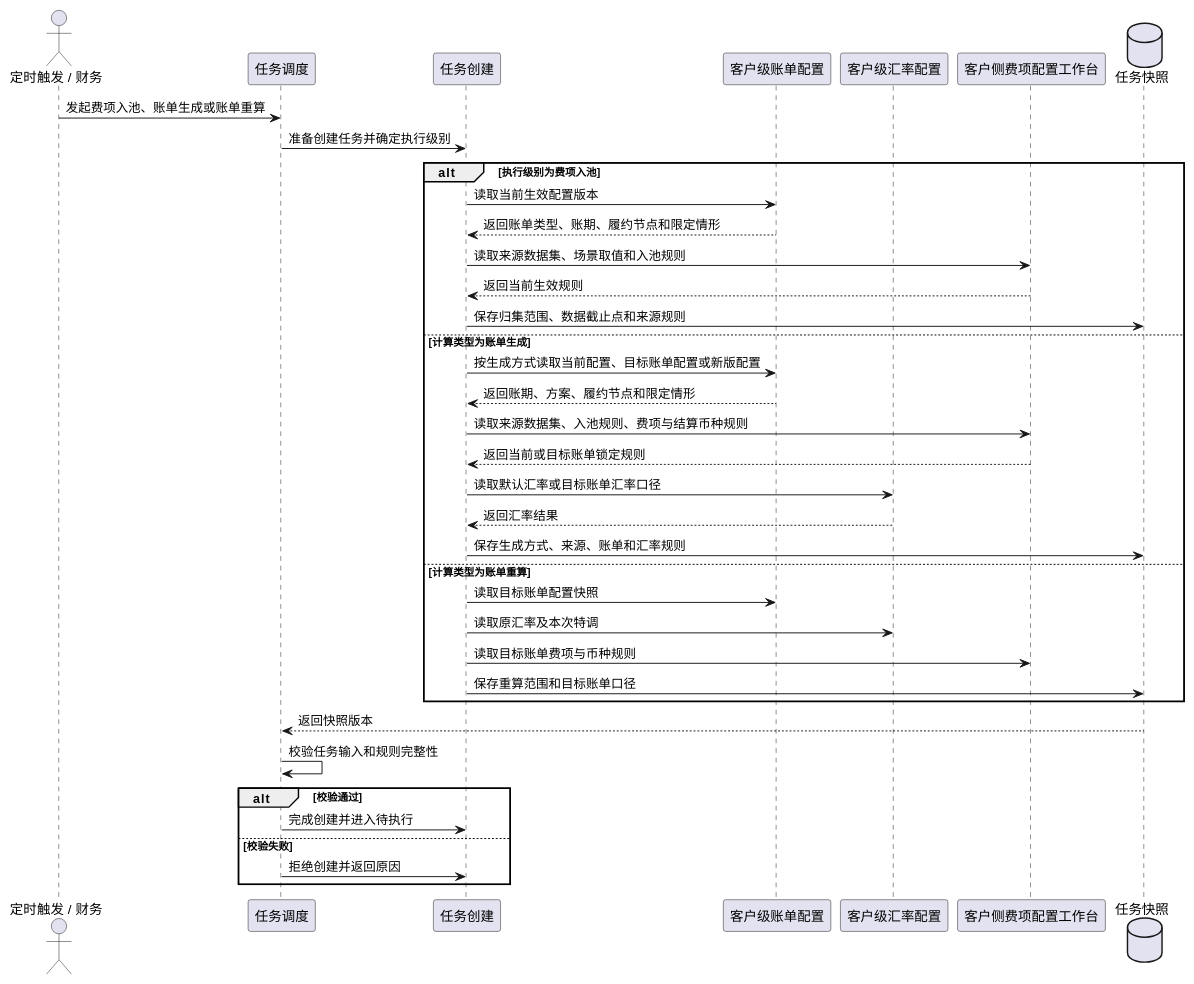
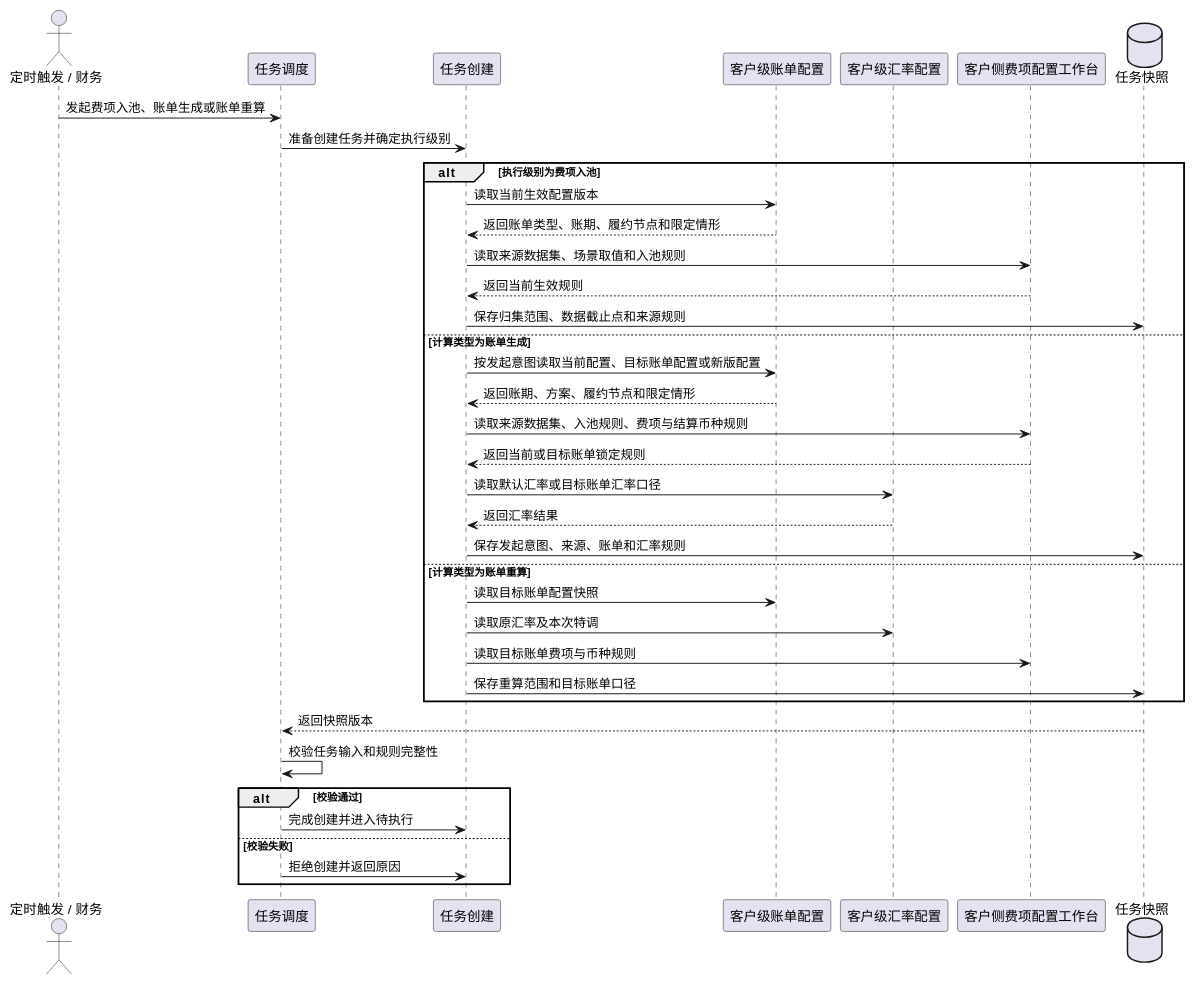
The sixth of 19 diagrams in product-caliber/bms/prd/账单系统.PRD.md (jack888332/projects-doc), drawn with PlantUML before and after one commit. The commit also changed other lines of this file, not shown here.

````diff
--- a/product-caliber/bms/prd/账单系统.PRD.md
+++ b/product-caliber/bms/prd/账单系统.PRD.md
@@ -1127,43 +1181,43 @@
 ```plantuml
 @startuml
 
 actor "定时触发 / 财务" as Trigger
 participant "任务调度" as Scheduler
 participant "任务创建" as Task
 participant "客户级账单配置" as BillingConfig
 participant "客户级汇率配置" as RateConfig
 participant "客户侧费项配置工作台" as FeeConfig
 database "任务快照" as Snapshot
 
 Trigger -> Scheduler : 发起费项入池、账单生成或账单重算
 Scheduler -> Task : 准备创建任务并确定执行级别
 alt 执行级别为费项入池
   Task -> BillingConfig : 读取当前生效配置版本
   BillingConfig --> Task : 返回账单类型、账期、履约节点和限定情形
   Task -> FeeConfig : 读取来源数据集、场景取值和入池规则
   FeeConfig --> Task : 返回当前生效规则
   Task -> Snapshot : 保存归集范围、数据截止点和来源规则
 else 计算类型为账单生成
-  Task -> BillingConfig : 按生成方式读取当前配置、目标账单配置或新版配置
+  Task -> BillingConfig : 按发起意图读取当前配置、目标账单配置或新版配置
   BillingConfig --> Task : 返回账期、方案、履约节点和限定情形
   Task -> FeeConfig : 读取来源数据集、入池规则、费项与结算币种规则
   FeeConfig --> Task : 返回当前或目标账单锁定规则
   Task -> RateConfig : 读取默认汇率或目标账单汇率口径
   RateConfig --> Task : 返回汇率结果
-  Task -> Snapshot : 保存生成方式、来源、账单和汇率规则
+  Task -> Snapshot : 保存发起意图、来源、账单和汇率规则
 else 计算类型为账单重算
   Task -> BillingConfig : 读取目标账单配置快照
   Task -> RateConfig : 读取原汇率及本次特调
   Task -> FeeConfig : 读取目标账单费项与币种规则
   Task -> Snapshot : 保存重算范围和目标账单口径
 end
 
 Snapshot --> Scheduler : 返回快照版本
 Scheduler -> Scheduler : 校验任务输入和规则完整性
 alt 校验通过
   Scheduler -> Task : 完成创建并进入待执行
 else 校验失败
   Scheduler -> Task : 拒绝创建并返回原因
 end
 @enduml
 ```
````
